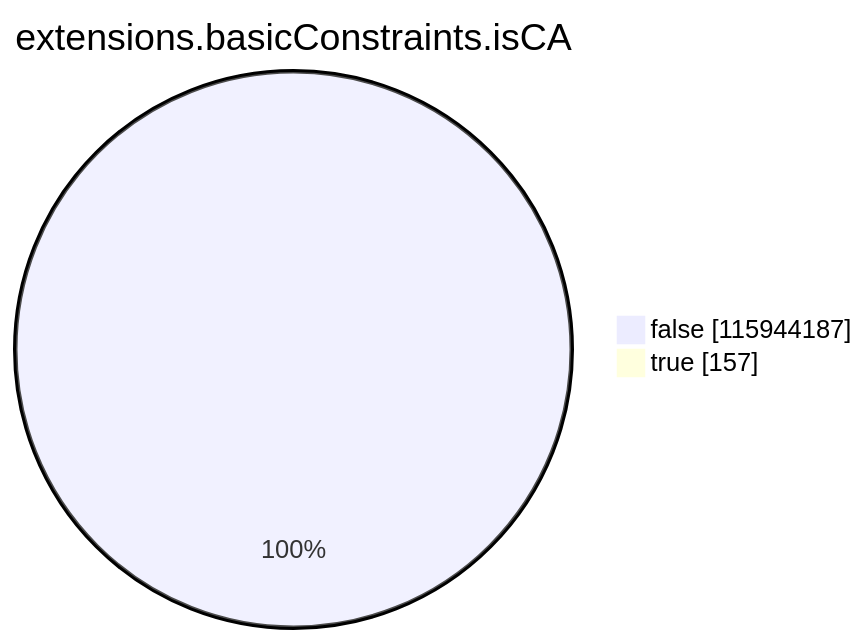
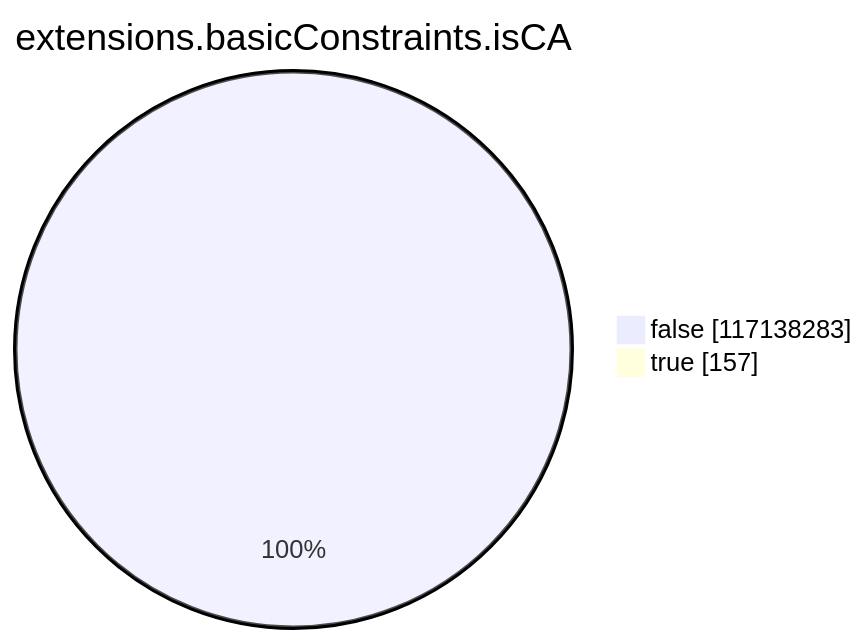
One commit to christiankrug/ctmonitor_visualization changed the seventh of 15 diagrams in argon2023/README.md. Above: the diagram before and after it, drawn with Mermaid. The commit also changed other lines of this file, not shown here.

````diff
--- a/argon2023/README.md
+++ b/argon2023/README.md
@@ -2150,6 +2155,6 @@
 ```mermaid
 pie showData
 title extensions.basicConstraints.isCA
-"false" :115944187
+"false" :117138283
 "true" :157
 ```
````
